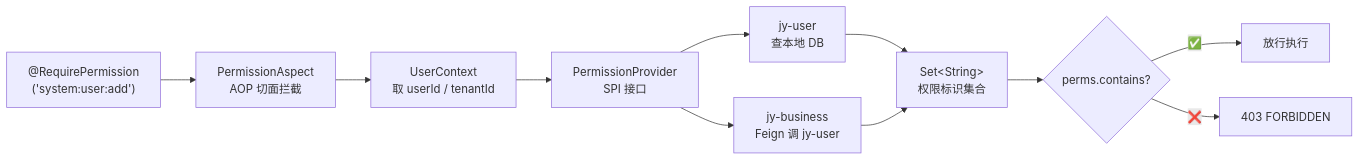
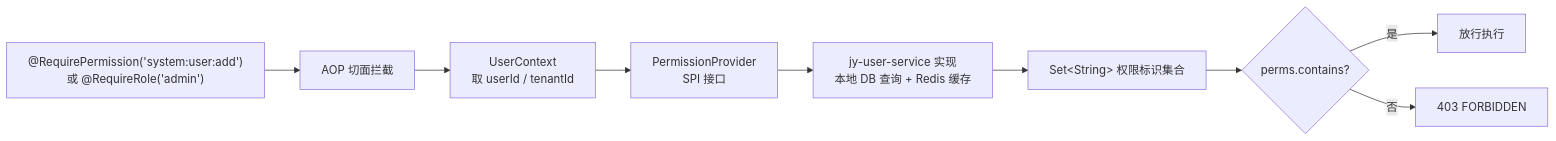
The second of 3 diagrams in README.md (qingshan87/jycloud), drawn with Mermaid before and after one commit. The commit also changed other lines of this file and 47 other files, not shown here.

````diff
--- a/README.md
+++ b/README.md
@@ -126,13 +158,11 @@
 ```mermaid
 graph LR
-    A["@RequirePermission<br/>('system:user:add')"] --> B["PermissionAspect<br/>AOP 切面拦截"]
+    A["@RequirePermission('system:user:add')<br/>或 @RequireRole('admin')"] --> B["AOP 切面拦截"]
     B --> C["UserContext<br/>取 userId / tenantId"]
     C --> D["PermissionProvider<br/>SPI 接口"]
-    D --> E1["jy-user<br/>查本地 DB"]
-    D --> E2["jy-business<br/>Feign 调 jy-user"]
-    E1 --> F["Set&lt;String&gt;<br/>权限标识集合"]
-    E2 --> F
+    D --> E["jy-user-service 实现<br/>本地 DB 查询 + Redis 缓存"]
+    E --> F["Set&lt;String&gt; 权限标识集合"]
     F --> G{"perms.contains?"}
-    G -->|✅| H["放行执行"]
-    G -->|❌| I["403 FORBIDDEN"]
+    G -->|"是"| H["放行执行"]
+    G -->|"否"| I["403 FORBIDDEN"]
 ```
````
